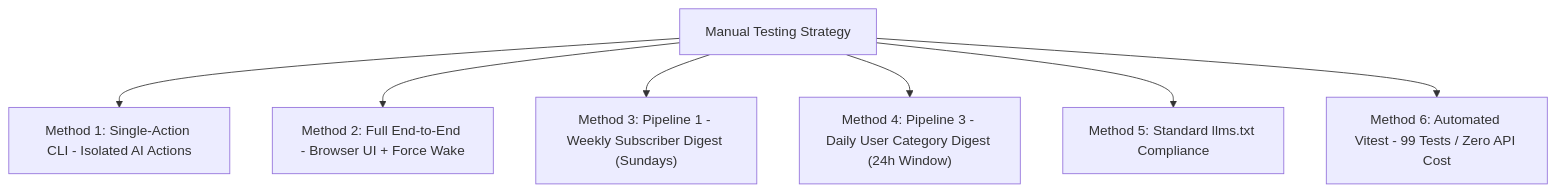
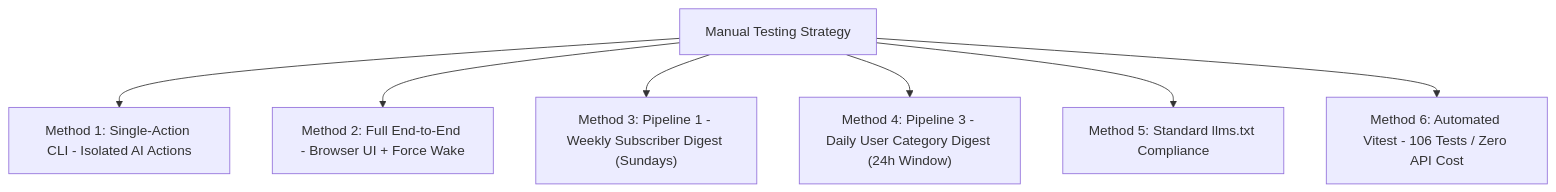
The diagram in docs/manual-testing.mdx (AmritSDutta/moitrii_frontend), drawn with Mermaid before and after one commit. The commit also changed 19 other files, not shown here.

````diff
--- a/docs/manual-testing.mdx
+++ b/docs/manual-testing.mdx
@@ -10,9 +10,9 @@
 ```mermaid
 flowchart TD
   Start["Manual Testing Strategy"] --> M1["Method 1: Single-Action CLI - Isolated AI Actions"]
   Start --> M2["Method 2: Full End-to-End - Browser UI + Force Wake"]
   Start --> M3["Method 3: Pipeline 1 - Weekly Subscriber Digest (Sundays)"]
   Start --> M4["Method 4: Pipeline 3 - Daily User Category Digest (24h Window)"]
   Start --> M5["Method 5: Standard llms.txt Compliance"]
-  Start --> M6["Method 6: Automated Vitest - 99 Tests / Zero API Cost"]
+  Start --> M6["Method 6: Automated Vitest - 106 Tests / Zero API Cost"]
 ```
````
